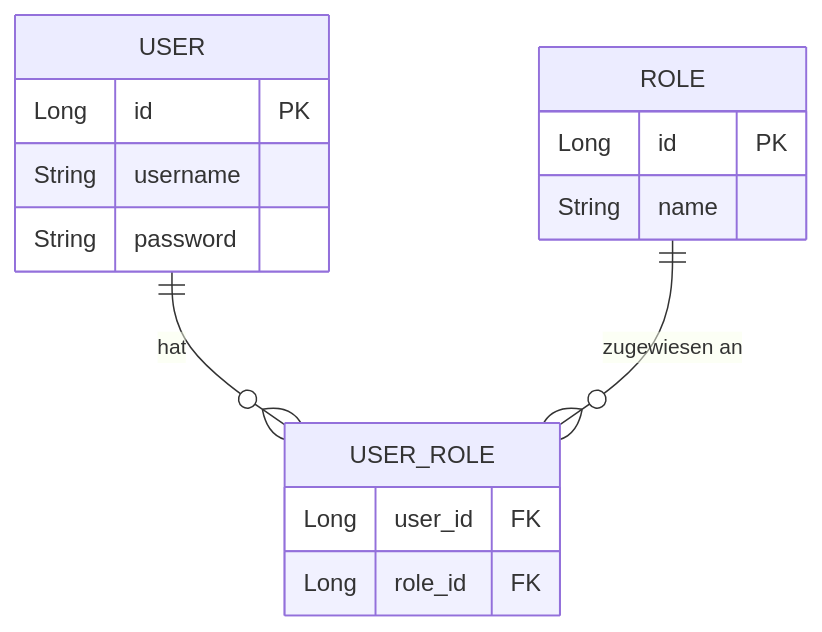
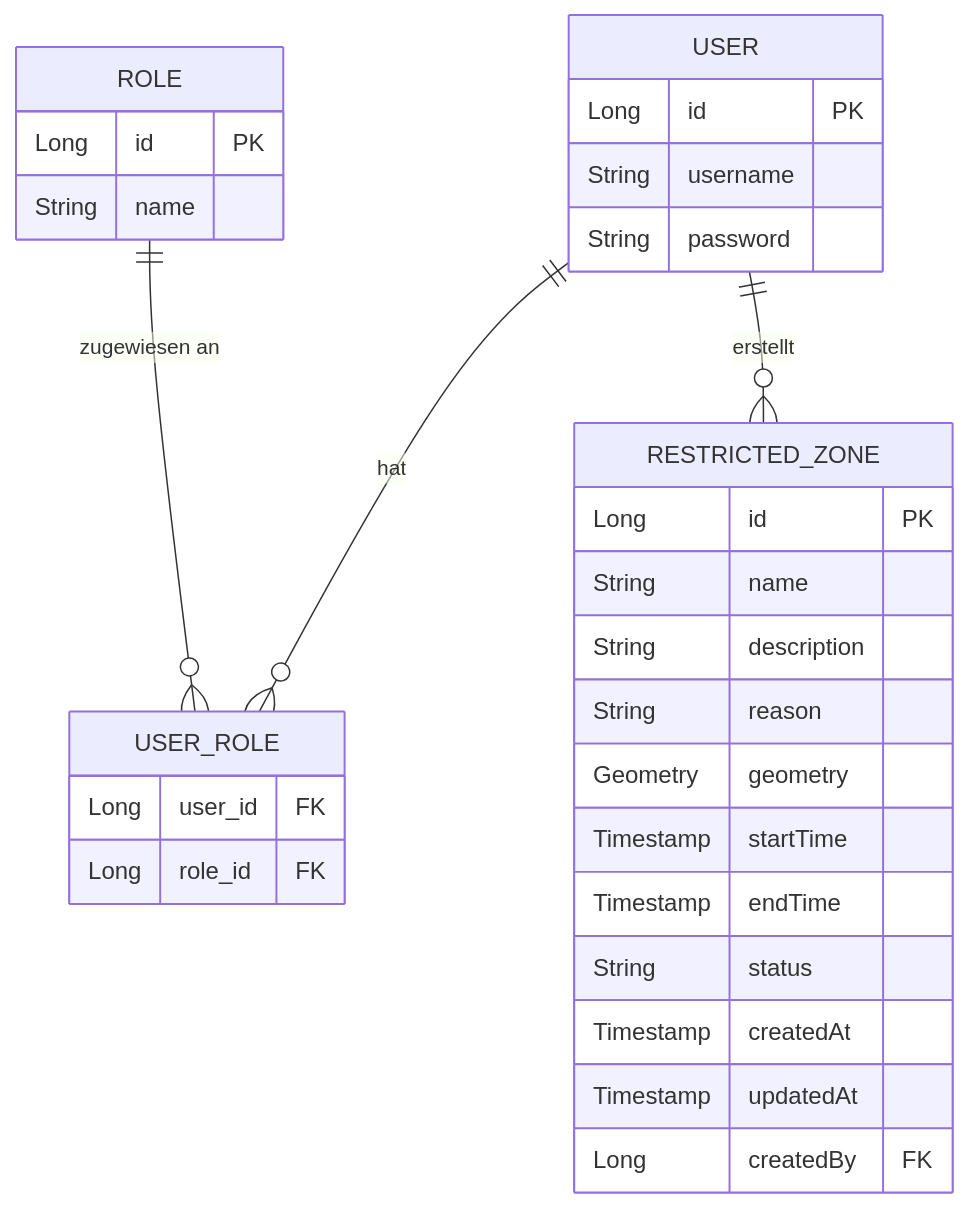
Before and after one commit to g8rdier/urban-flow-governance: the first of 5 diagrams in docs/USER_MANAGEMENT.md, drawn with Mermaid. The commit also changed other lines of this file and 2 other files, not shown here.

Commit message:
docs: fix Java version, update JTS imports and extend ERD with RestrictedZone

````diff
--- a/docs/USER_MANAGEMENT.md
+++ b/docs/USER_MANAGEMENT.md
@@ -3,21 +3,36 @@
 ```mermaid
 erDiagram
     USER {
         Long id PK
         String username
         String password
     }
 
     ROLE {
         Long id PK
         String name
     }
 
     USER_ROLE {
         Long user_id FK
         Long role_id FK
     }
 
     USER ||--o{ USER_ROLE : "hat"
     ROLE ||--o{ USER_ROLE : "zugewiesen an"
+    USER ||--o{ RESTRICTED_ZONE : "erstellt"
+
+    RESTRICTED_ZONE {
+        Long id PK
+        String name
+        String description
+        String reason
+        Geometry geometry
+        Timestamp startTime
+        Timestamp endTime
+        String status
+        Timestamp createdAt
+        Timestamp updatedAt
+        Long createdBy FK
+    }
 ```
````
